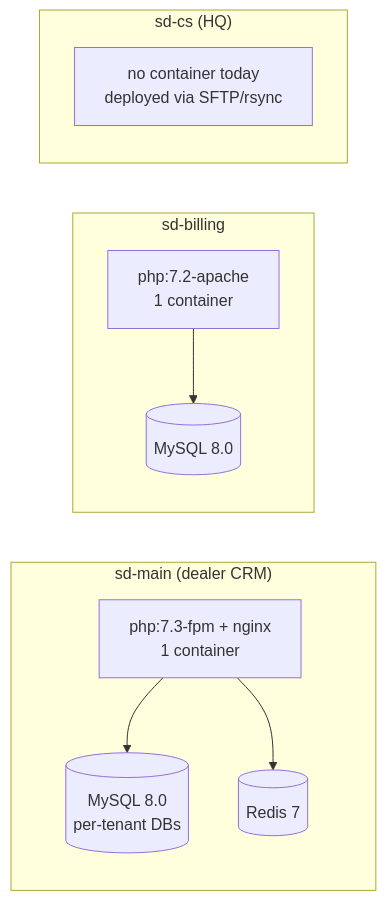
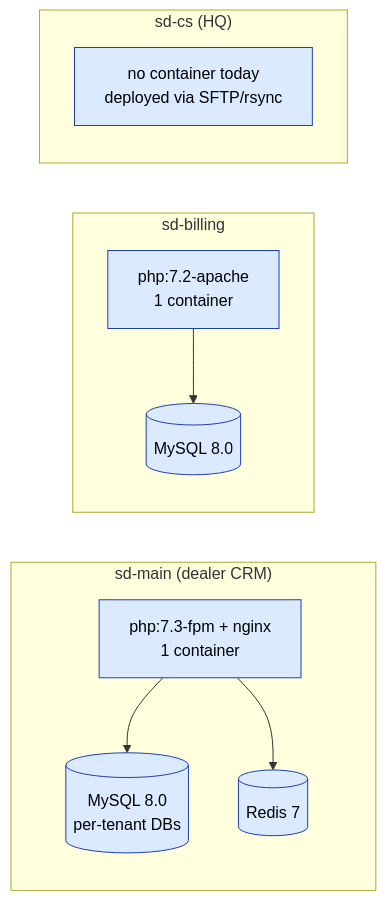
The diagram in docs/devops/deployment.md (jamshidtulaganov/sd-doc), drawn with Mermaid before and after one commit. The commit also changed 21 other files, not shown here.

````diff
--- a/docs/devops/deployment.md
+++ b/docs/devops/deployment.md
@@ -15,18 +15,23 @@
 ```mermaid
 flowchart LR
     subgraph "sd-main (dealer CRM)"
         M_IMG[php:7.3-fpm + nginx<br/>1 container]
         M_DB[(MySQL 8.0<br/>per-tenant DBs)]
         M_R[(Redis 7)]
         M_IMG --> M_DB
         M_IMG --> M_R
     end
     subgraph "sd-billing"
         B_IMG[php:7.2-apache<br/>1 container]
         B_DB[(MySQL 8.0)]
         B_IMG --> B_DB
     end
     subgraph "sd-cs (HQ)"
         C_IMG[no container today<br/>deployed via SFTP/rsync]
     end
+
+    class M_IMG,M_DB,M_R,B_IMG,B_DB,C_IMG action
+    classDef action   fill:#dbeafe,stroke:#1e40af,color:#000
+    classDef external fill:#f3f4f6,stroke:#374151,color:#000
+    classDef cron     fill:#ede9fe,stroke:#6d28d9,color:#000
 ```
````
